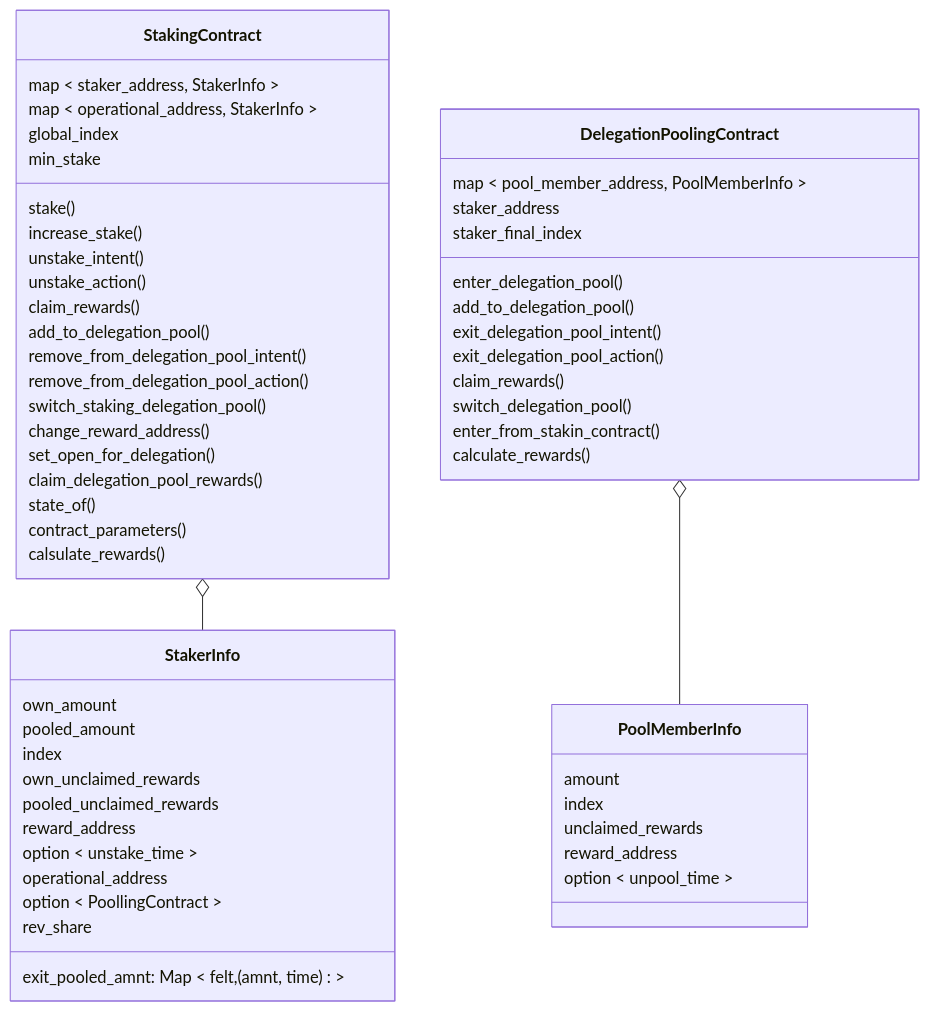
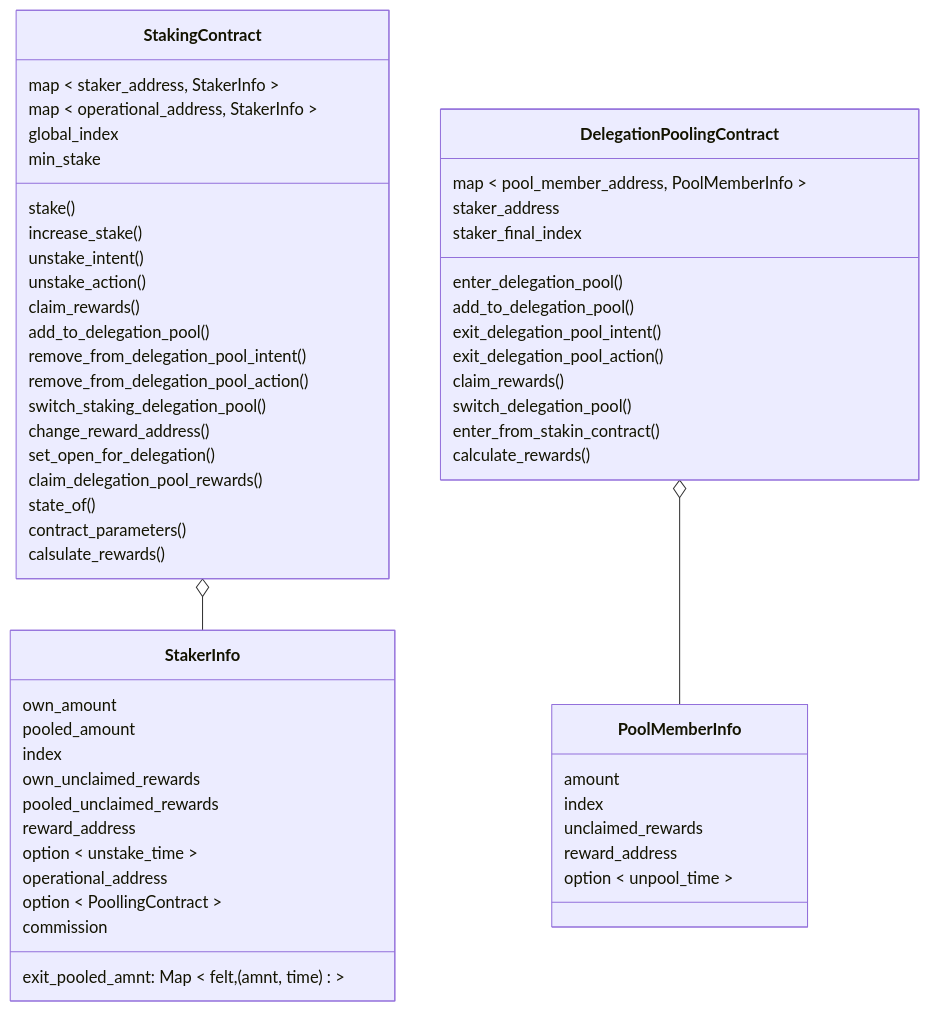
Before and after one commit to starkware-libs/starknet-staking: the first of 5 diagrams in workspace/apps/staking/docs/spec.md, drawn with Mermaid. The commit also changed other lines of this file and 9 other files, not shown here.

Commit message:
fix(staking): change rev share to commission (#1479)

````diff
--- a/workspace/apps/staking/docs/spec.md
+++ b/workspace/apps/staking/docs/spec.md
@@ -66,60 +66,60 @@
 ```mermaid
 classDiagram
   class StakingContract{
     map < staker_address, StakerInfo >
     map < operational_address, StakerInfo >
     global_index
     min_stake
     stake()
     increase_stake()
     unstake_intent()
     unstake_action()
     claim_rewards()
     add_to_delegation_pool()
     remove_from_delegation_pool_intent()
     remove_from_delegation_pool_action()
     switch_staking_delegation_pool()
     change_reward_address()
     set_open_for_delegation()
     claim_delegation_pool_rewards()
     state_of()
     contract_parameters()
     calsulate_rewards()
 
   }
   class DelegationPoolingContract{
     map < pool_member_address, PoolMemberInfo >
     staker_address
     staker_final_index
     enter_delegation_pool()
     add_to_delegation_pool()
     exit_delegation_pool_intent()
     exit_delegation_pool_action()
     claim_rewards()
     switch_delegation_pool()
     enter_from_stakin_contract()
     calculate_rewards()
   }
   class StakerInfo{
     own_amount
     pooled_amount
     index
     own_unclaimed_rewards
     pooled_unclaimed_rewards
     exit_pooled_amnt: Map < felt, (amnt, time) >
     reward_address
     option < unstake_time >
     operational_address
     option < PoollingContract >
-    rev_share
+    commission
   }
   class PoolMemberInfo{
     amount
     index
     unclaimed_rewards
     reward_address
     option < unpool_time >
   }
   StakingContract o-- StakerInfo
   DelegationPoolingContract o-- PoolMemberInfo
 ```
````
